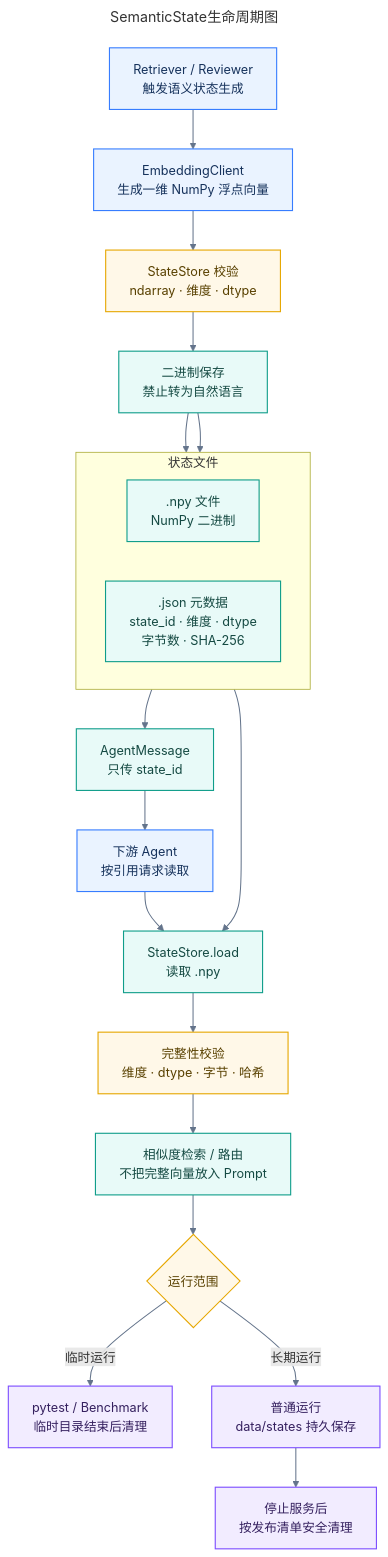
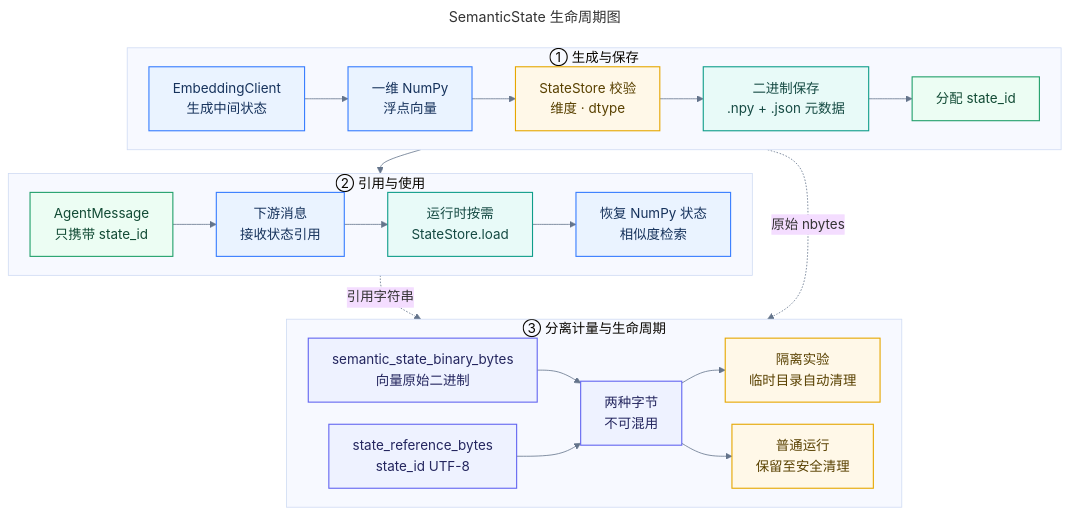
Before and after one commit to fjy1111/memlink: the diagram in docs/diagrams/semantic_state_lifecycle.mmd, drawn with Mermaid. The commit also changed 24 other files, not shown here.

Commit message:
docs: 统一比赛架构图与流程图

```diff
--- a/docs/diagrams/semantic_state_lifecycle.mmd
+++ b/docs/diagrams/semantic_state_lifecycle.mmd
@@ -1,45 +1,53 @@
 ---
-title: SemanticState生命周期图
+title: SemanticState 生命周期图
 ---
-%% 图示说明：展示 NumPy 语义向量从生成、二进制保存、引用读取到按运行范围清理的生命周期。
-flowchart TD
-    TRIGGER["Retriever / Reviewer<br/>触发语义状态生成"]
-    EMBED["EmbeddingClient<br/>生成一维 NumPy 浮点向量"]
-    VALIDATE["StateStore 校验<br/>ndarray · 维度 · dtype"]
-    SAVE["二进制保存<br/>禁止转为自然语言"]
-
-    subgraph FILES["状态文件"]
+%% 图示说明：展示 NumPy 状态的生成、二进制保存、state_id 引用、按需恢复、分离计量和清理。
+%%{init: {"theme":"base","flowchart":{"curve":"basis","nodeSpacing":28,"rankSpacing":30},"themeVariables":{"fontFamily":"Microsoft YaHei, Noto Sans CJK SC, sans-serif","fontSize":"17px","lineColor":"#64748B"}}}%%
+flowchart TB
+    subgraph CREATE_ROW["① 生成与保存"]
         direction LR
-        NPY[".npy 文件<br/>NumPy 二进制"]
-        META[".json 元数据<br/>state_id · 维度 · dtype<br/>字节数 · SHA-256"]
+        CREATE["EmbeddingClient<br/>生成中间状态"]
+        VECTOR["一维 NumPy<br/>浮点向量"]
+        VALIDATE["StateStore 校验<br/>维度 · dtype"]
+        PERSIST["二进制保存<br/>.npy + .json 元数据"]
+        ID["分配 state_id"]
+        CREATE --> VECTOR --> VALIDATE --> PERSIST --> ID
     end
 
-    REFERENCE["AgentMessage<br/>只传 state_id"]
-    DOWNSTREAM["下游 Agent<br/>按引用请求读取"]
-    LOAD["StateStore.load<br/>读取 .npy"]
-    VERIFY["完整性校验<br/>维度 · dtype · 字节 · 哈希"]
-    USE["相似度检索 / 路由<br/>不把完整向量放入 Prompt"]
-    SCOPE{"运行范围"}
-    TEMP_CLEAN["pytest / Benchmark<br/>临时目录结束后清理"]
-    RUNTIME_KEEP["普通运行<br/>data/states 持久保存"]
-    MANUAL_CLEAN["停止服务后<br/>按发布清单安全清理"]
+    subgraph USE_ROW["② 引用与使用"]
+        direction LR
+        MESSAGE["AgentMessage<br/>只携带 state_id"]
+        RECEIVE["下游消息<br/>接收状态引用"]
+        LOAD["运行时按需<br/>StateStore.load"]
+        USE["恢复 NumPy 状态<br/>相似度检索"]
+        MESSAGE --> RECEIVE --> LOAD --> USE
+    end
 
-    TRIGGER --> EMBED --> VALIDATE --> SAVE
-    SAVE --> NPY
-    SAVE --> META
-    META --> REFERENCE --> DOWNSTREAM --> LOAD
-    NPY --> LOAD
-    LOAD --> VERIFY --> USE --> SCOPE
-    SCOPE -->|"临时运行"| TEMP_CLEAN
-    SCOPE -->|"长期运行"| RUNTIME_KEEP --> MANUAL_CLEAN
+    subgraph END_ROW["③ 分离计量与生命周期"]
+        direction LR
+        BINARY["semantic_state_binary_bytes<br/>向量原始二进制"]
+        REFERENCE["state_reference_bytes<br/>state_id UTF-8"]
+        DISTINCT["两种字节<br/>不可混用"]
+        TEMP["隔离实验<br/>临时目录自动清理"]
+        NORMAL["普通运行<br/>保留至安全清理"]
+        BINARY --> DISTINCT
+        REFERENCE --> DISTINCT
+        DISTINCT --> TEMP
+        DISTINCT --> NORMAL
+    end
+
+    ID --> MESSAGE
+    VECTOR -. "原始 nbytes" .-> BINARY
+    MESSAGE -. "引用字符串" .-> REFERENCE
 
     classDef process fill:#EAF3FF,stroke:#377DFF,color:#16325C,stroke-width:1.4px;
-    classDef state fill:#E8FAF8,stroke:#0F9D8A,color:#154A43,stroke-width:1.4px;
-    classDef guard fill:#FFF8E8,stroke:#E6A700,color:#594100,stroke-width:1.4px;
-    classDef cleanup fill:#F2ECFF,stroke:#7C4DFF,color:#35205F,stroke-width:1.4px;
+    classDef storage fill:#E8FAF8,stroke:#0F9D8A,color:#154A43,stroke-width:1.4px;
+    classDef protocol fill:#ECFDF3,stroke:#22A06B,color:#124B35,stroke-width:1.4px;
+    classDef metric fill:#EEF2FF,stroke:#6366F1,color:#24265F,stroke-width:1.4px;
+    classDef boundary fill:#FFF8E8,stroke:#E6A700,color:#594100,stroke-width:1.4px;
 
-    class TRIGGER,EMBED,DOWNSTREAM process;
-    class SAVE,NPY,META,REFERENCE,LOAD,USE state;
-    class VALIDATE,VERIFY,SCOPE guard;
-    class TEMP_CLEAN,RUNTIME_KEEP,MANUAL_CLEAN cleanup;
-    linkStyle default stroke:#64748B,stroke-width:1.3px;
+    class CREATE,VECTOR,RECEIVE,USE process;
+    class PERSIST,LOAD storage;
+    class ID,MESSAGE protocol;
+    class BINARY,REFERENCE,DISTINCT metric;
+    class VALIDATE,TEMP,NORMAL boundary;
```
